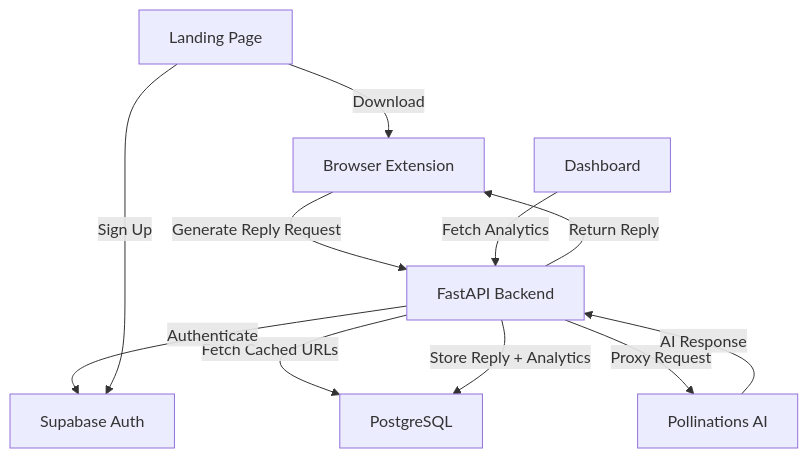
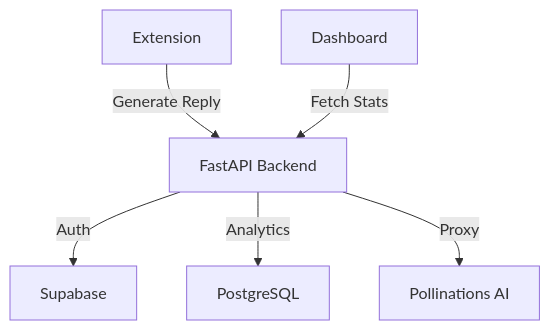
One commit to chrisbuildsonline/HumanReplies changed the diagram in README.md. Above: the diagram before and after it, drawn with Mermaid. The commit also changed other lines of this file and 3 other files, not shown here.

````diff
--- a/README.md
+++ b/README.md
@@ -553,13 +108,8 @@
 ```mermaid
 graph TD
-    A[Browser Extension] -->|Generate Reply Request| C[FastAPI Backend]
-    C -->|Fetch Cached URLs| E[PostgreSQL]
-    C -->|Proxy Request| B[Pollinations AI]
-    B -->|AI Response| C
-    C -->|Store Reply + Analytics| E
-    C -->|Return Reply| A
-    C -->|Authenticate| D[Supabase Auth]
-    F[Dashboard] -->|Fetch Analytics| C
-    G[Landing Page] -->|Sign Up| D
-    G -->|Download| A
+    A[Extension] -->|Generate Reply| B[FastAPI Backend]
+    B -->|Auth| C[Supabase]
+    B -->|Analytics| D[PostgreSQL]
+    B -->|Proxy| E[Pollinations AI]
+    F[Dashboard] -->|Fetch Stats| B
 ```
````
